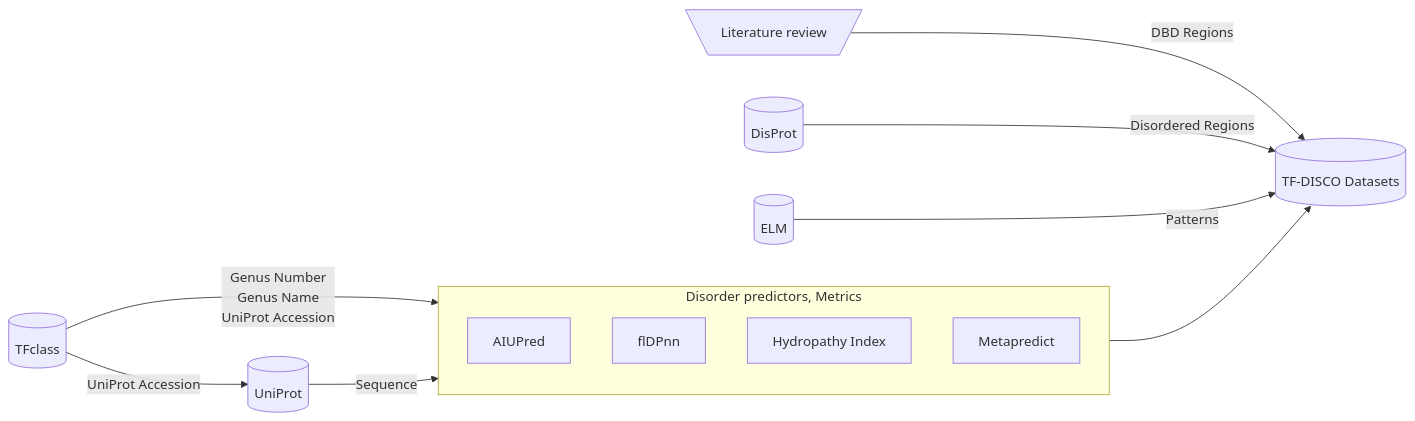
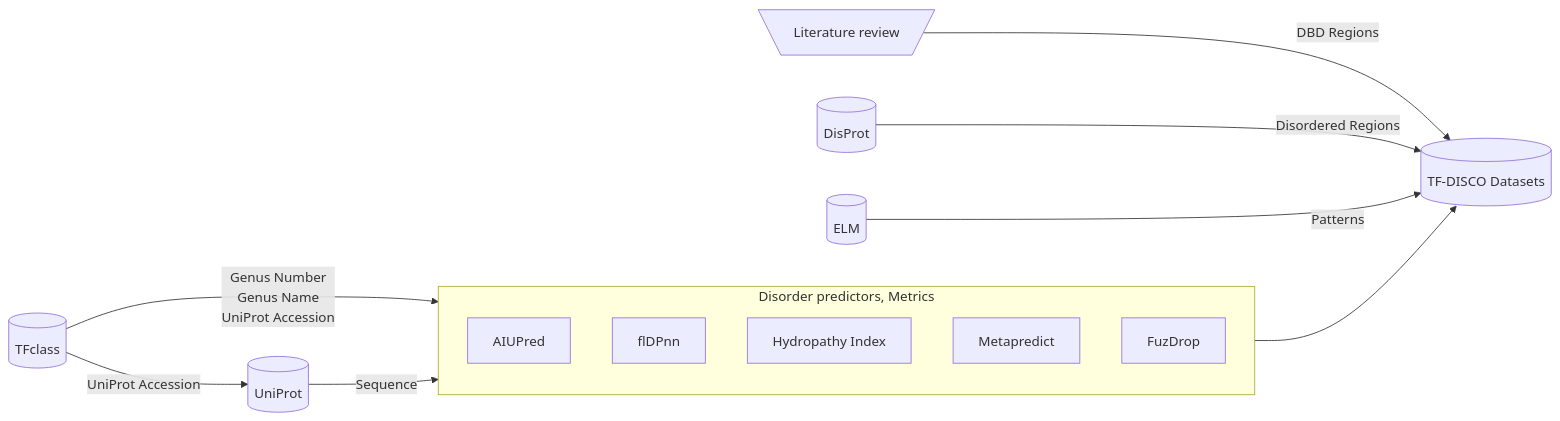
Before and after one commit to tf-disco/tf-disco: the first of 2 diagrams in README.md, drawn with Mermaid. The commit also changed other lines of this file, not shown here.

````diff
--- a/README.md
+++ b/README.md
@@ -17,16 +24,17 @@
 ```mermaid
 flowchart LR
     subgraph Scores[Disorder predictors, Metrics]
         A[AIUPred]
         F[flDPnn]
         H[Hydropathy Index]
         M[Metapredict]
+        FD[FuzDrop]
     end
     T[(TFclass)] -->|Genus Number<br>Genus Name<br>UniProt Accession| Scores
     T[(TFclass)] -->|UniProt Accession| U
     U[(UniProt)] -->|Sequence| Scores
     Scores --> J[(TF-DISCO Datasets)]
     L[\Literature review/] -->|DBD Regions| J
     D[(DisProt)] -->|Disordered Regions| J
     E[(ELM)] -->|Patterns| J
 ```
````
